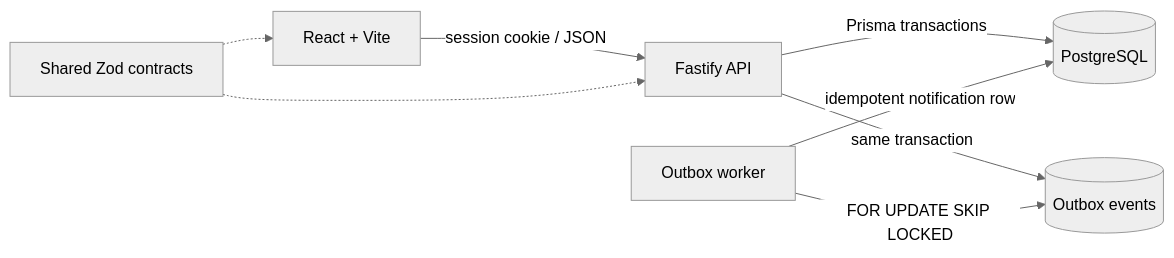
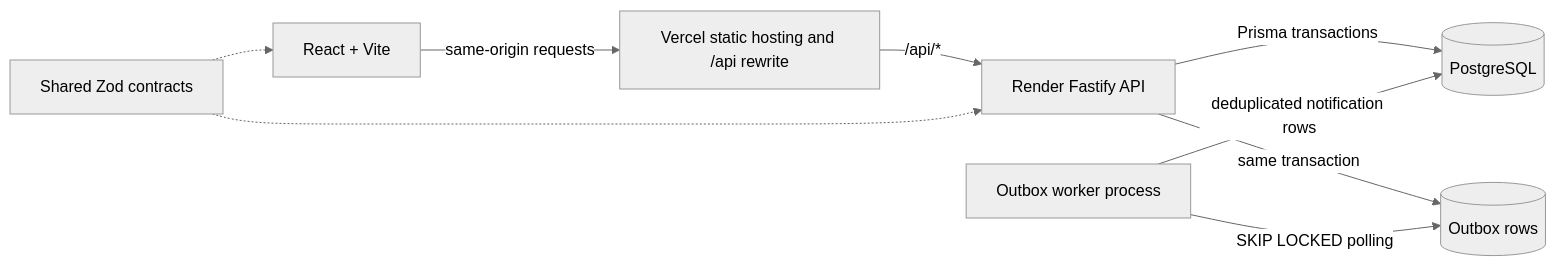
Before and after one commit to nk10nikhil/newtonite-opsflow: the diagram in README.md, drawn with Mermaid (neutral theme). The commit also changed other lines of this file and 19 other files, not shown here.

````diff
--- a/README.md
+++ b/README.md
@@ -5,10 +15,11 @@
 ```mermaid
 flowchart LR
-  Browser[React + Vite] -->|session cookie / JSON| API[Fastify API]
+  Browser[React + Vite] -->|same-origin requests| Vercel[Vercel static hosting and /api rewrite]
+  Vercel -->|/api/*| API[Render Fastify API]
   API -->|Prisma transactions| DB[(PostgreSQL)]
-  API -->|same transaction| Outbox[(Outbox events)]
-  Worker[Outbox worker] -->|FOR UPDATE SKIP LOCKED| Outbox
-  Worker -->|idempotent notification row| DB
+  API -->|same transaction| Outbox[(Outbox rows)]
+  Worker[Outbox worker process] -->|SKIP LOCKED polling| Outbox
+  Worker -->|deduplicated notification rows| DB
   Contracts[Shared Zod contracts] -.-> API
   Contracts -.-> Browser
 ```
````
